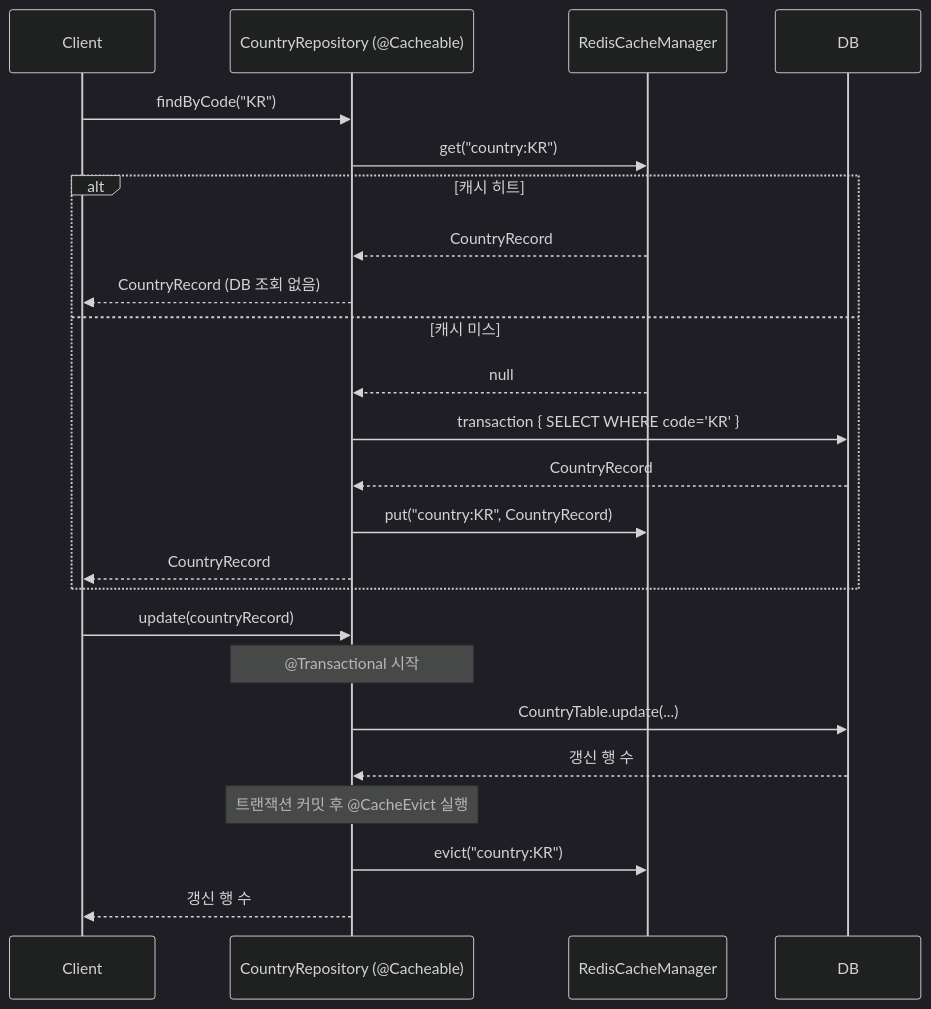
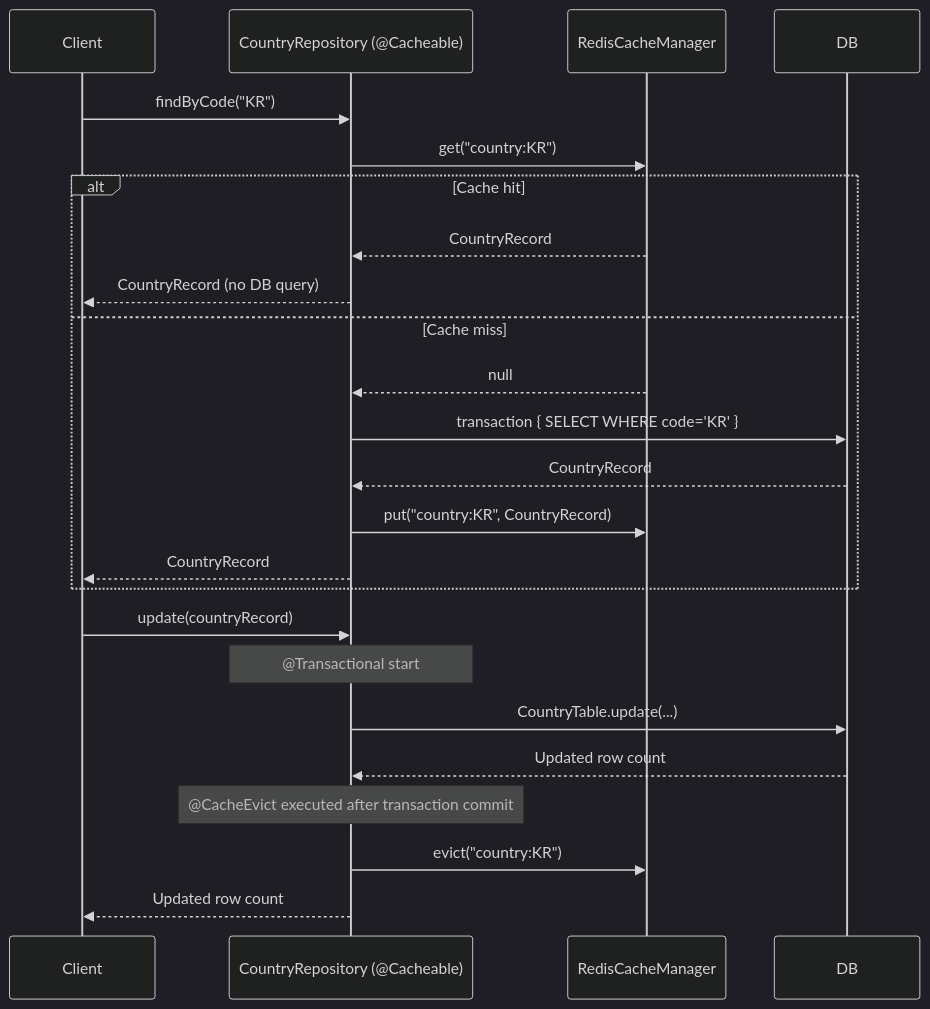
One commit to bluetape4k/exposed-workshop changed the third of 3 diagrams in 09-spring/06-spring-cache/README.md. Above: the diagram before and after it, drawn with Mermaid (dark theme). The commit also changed other lines of this file and 115 other files, not shown here.

````diff
--- a/09-spring/06-spring-cache/README.md
+++ b/09-spring/06-spring-cache/README.md
@@ -179,28 +181,28 @@
 ```mermaid
 sequenceDiagram
     participant Client
     participant CountryRepository as CountryRepository (@Cacheable)
     participant CacheManager as RedisCacheManager
     participant DB
 
     Client->>CountryRepository: findByCode("KR")
     CountryRepository->>CacheManager: get("country:KR")
-    alt 캐시 히트
+    alt Cache hit
         CacheManager-->>CountryRepository: CountryRecord
-        CountryRepository-->>Client: CountryRecord (DB 조회 없음)
-    else 캐시 미스
+        CountryRepository-->>Client: CountryRecord (no DB query)
+    else Cache miss
         CacheManager-->>CountryRepository: null
         CountryRepository->>DB: transaction { SELECT WHERE code='KR' }
         DB-->>CountryRepository: CountryRecord
         CountryRepository->>CacheManager: put("country:KR", CountryRecord)
         CountryRepository-->>Client: CountryRecord
     end
 
     Client->>CountryRepository: update(countryRecord)
-    Note over CountryRepository: @Transactional 시작
+    Note over CountryRepository: @Transactional start
     CountryRepository->>DB: CountryTable.update(...)
-    DB-->>CountryRepository: 갱신 행 수
-    Note over CountryRepository: 트랜잭션 커밋 후 @CacheEvict 실행
+    DB-->>CountryRepository: Updated row count
+    Note over CountryRepository: @CacheEvict executed after transaction commit
     CountryRepository->>CacheManager: evict("country:KR")
-    CountryRepository-->>Client: 갱신 행 수
+    CountryRepository-->>Client: Updated row count
 ```
````
